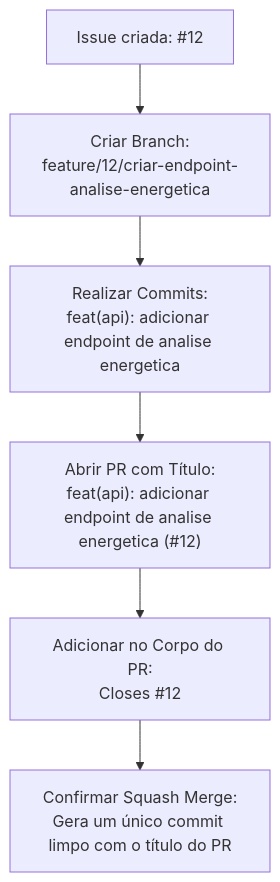
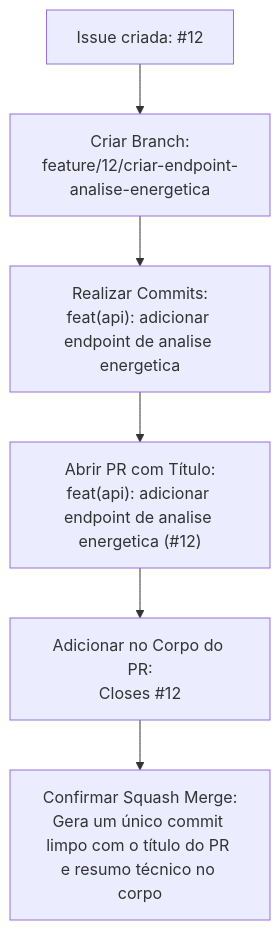
Before and after one commit to No-Country-simulation/g9-br-team-09: the diagram in docs/development-patterns/pull-requests.md, drawn with Mermaid. The commit also changed other lines of this file and 3 other files, not shown here.

Commit message:
docs(patterns): standardize language guidelines, PR titles, squash merge, and commit conventions

````diff
--- a/docs/development-patterns/pull-requests.md
+++ b/docs/development-patterns/pull-requests.md
@@ -90,8 +110,8 @@
 ```mermaid
 graph TD
     A["Issue criada: #12"] --> B["Criar Branch:<br>feature/12/criar-endpoint-analise-energetica"]
     B --> C["Realizar Commits:<br>feat(api): adicionar endpoint de analise energetica"]
     C --> D["Abrir PR com Título:<br>feat(api): adicionar endpoint de analise energetica (#12)"]
     D --> E["Adicionar no Corpo do PR:<br>Closes #12"]
-    E --> F["Confirmar Squash Merge:<br>Gera um único commit limpo com o título do PR"]
+    E --> F["Confirmar Squash Merge:<br>Gera um único commit limpo com o título do PR e resumo técnico no corpo"]
 ```
````
